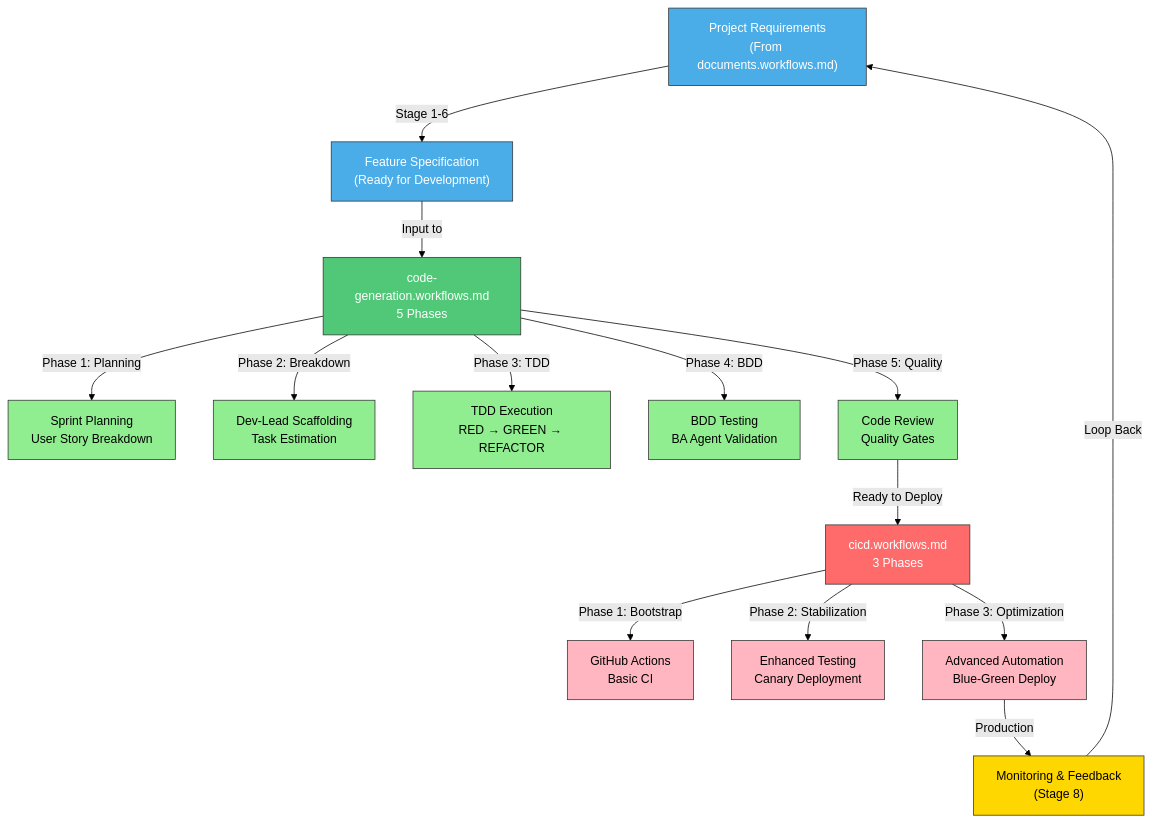
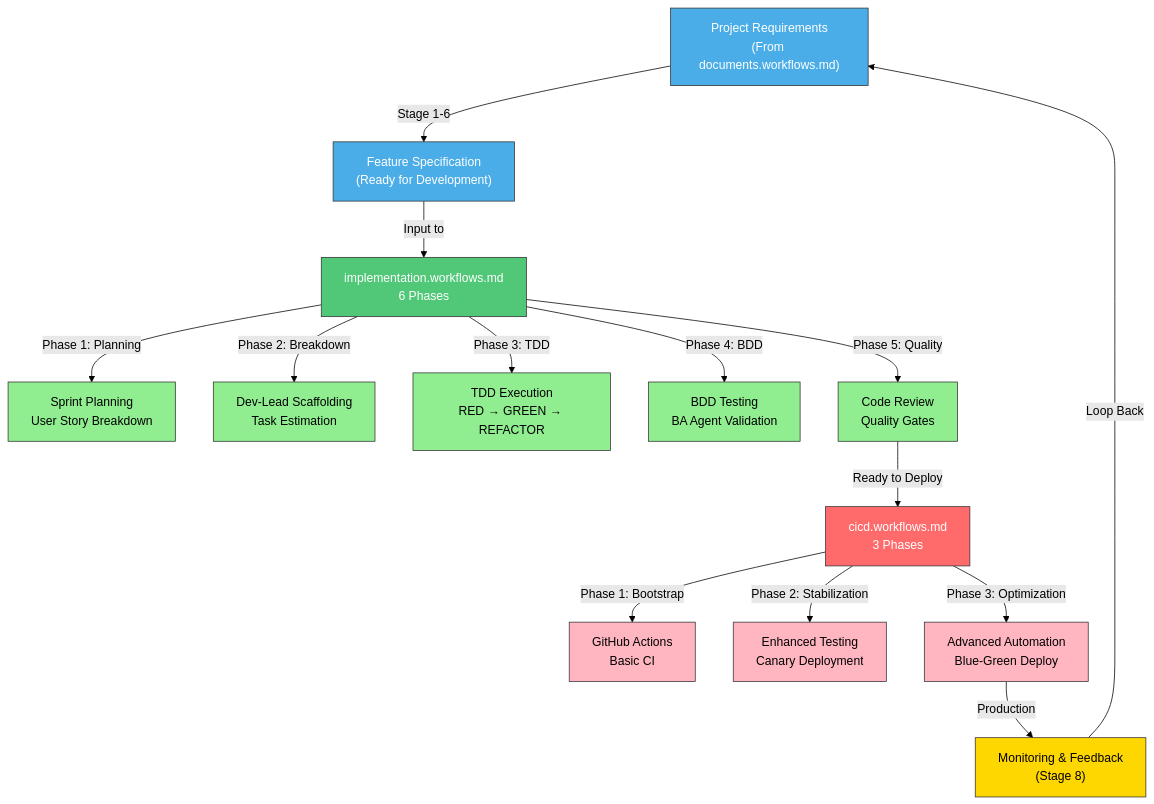
One commit to oboukhris-palo/training-day-3 changed the first of 6 diagrams in project-template/.github/README.md. Above: the diagram before and after it, drawn with Mermaid (forest theme). The commit also changed other lines of this file and 8 other files, not shown here.

````diff
--- a/project-template/.github/README.md
+++ b/project-template/.github/README.md
@@ -24,35 +88,35 @@
 ```mermaid
 graph TD
     A["Project Requirements<br/>(From documents.workflows.md)"] -->|Stage 1-6| B["Feature Specification<br/>(Ready for Development)"]
     
-    B -->|Input to| C["code-generation.workflows.md<br/>5 Phases"]
+    B -->|Input to| C["implementation.workflows.md<br/>6 Phases"]
     
     C -->|Phase 1: Planning| C1["Sprint Planning<br/>User Story Breakdown"]
     C -->|Phase 2: Breakdown| C2["Dev-Lead Scaffolding<br/>Task Estimation"]
     C -->|Phase 3: TDD| C3["TDD Execution<br/>RED → GREEN → REFACTOR"]
     C -->|Phase 4: BDD| C4["BDD Testing<br/>BA Agent Validation"]
     C -->|Phase 5: Quality| C5["Code Review<br/>Quality Gates"]
     
     C5 -->|Ready to Deploy| D["cicd.workflows.md<br/>3 Phases"]
     
     D -->|Phase 1: Bootstrap| D1["GitHub Actions<br/>Basic CI"]
     D -->|Phase 2: Stabilization| D2["Enhanced Testing<br/>Canary Deployment"]
     D -->|Phase 3: Optimization| D3["Advanced Automation<br/>Blue-Green Deploy"]
     
     D3 -->|Production| E["Monitoring & Feedback<br/>(Stage 8)"]
     E -->|Loop Back| A
     
     style A fill:#4BADE8,stroke:#333,color:#fff
     style B fill:#4BADE8,stroke:#333,color:#fff
     style C fill:#50C878,stroke:#333,color:#fff
     style C1 fill:#90EE90,stroke:#333,color:#000
     style C2 fill:#90EE90,stroke:#333,color:#000
     style C3 fill:#90EE90,stroke:#333,color:#000
     style C4 fill:#90EE90,stroke:#333,color:#000
     style C5 fill:#90EE90,stroke:#333,color:#000
     style D fill:#FF6B6B,stroke:#333,color:#fff
     style D1 fill:#FFB6C1,stroke:#333,color:#000
     style D2 fill:#FFB6C1,stroke:#333,color:#000
     style D3 fill:#FFB6C1,stroke:#333,color:#000
     style E fill:#FFD700,stroke:#333,color:#000
 ```
````
